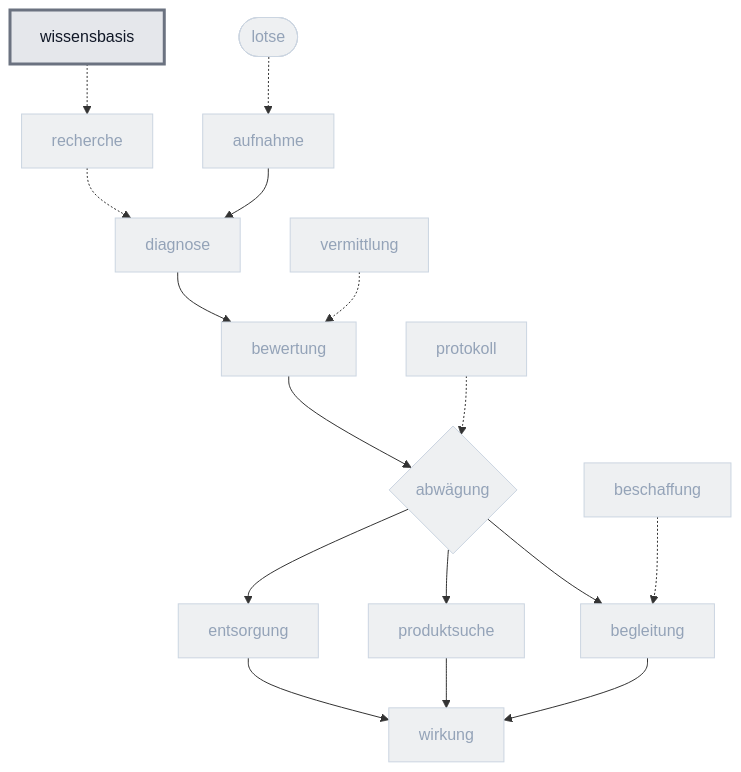
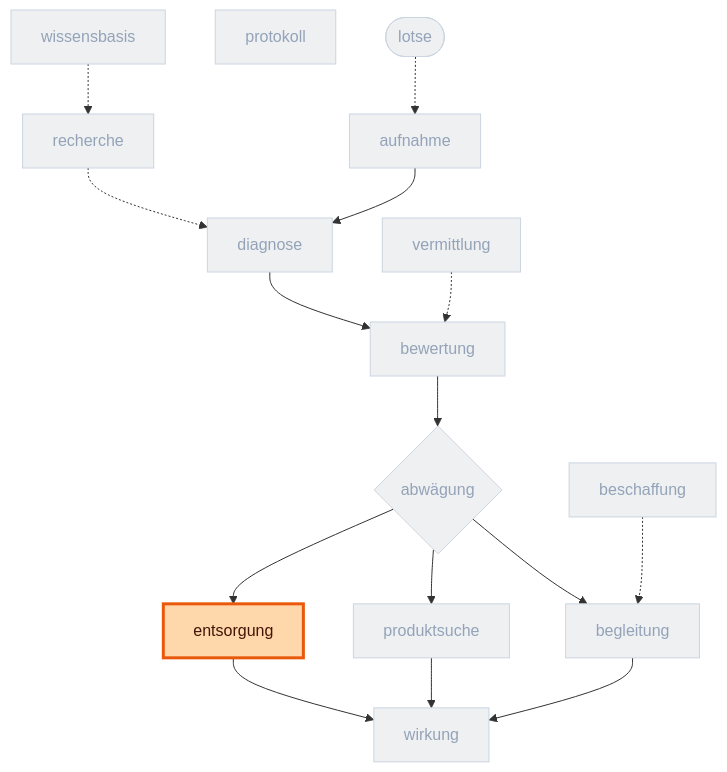
One commit to DigitaleOberlausitz/hackathon2026_RepairApp changed diagram 15 of 15 in docs/folien/runtime-roles.adoc. Above: the diagram before and after it, drawn with Mermaid. The commit also changed other lines of this file and 2 other files, not shown here.

First line of the commit message:
docs(folien): Rollen-Folien narrativ (just-in-time) ordnen + schärfere Diagramme

```diff
--- a/docs/folien/runtime-roles.adoc
+++ b/docs/folien/runtime-roles.adoc
@@ -802,31 +818,30 @@
 [mermaid]
 ....
 flowchart TB
   classDef dim fill:#eef0f2,stroke:#cbd5e1,color:#94a3b8
-  classDef active fill:#e5e7eb,stroke:#6b7280,stroke-width:3px,color:#111827
+  classDef active fill:#fed7aa,stroke:#ea580c,stroke-width:3px,color:#431407
   lotse([lotse]):::dim
   aufnahme[aufnahme]:::dim
   diagnose[diagnose]:::dim
   bewertung[bewertung]:::dim
   abwaegung{abwägung}:::dim
   begleitung[begleitung]:::dim
   produktsuche[produktsuche]:::dim
   entsorgung[entsorgung]:::dim
   wirkung[wirkung]:::dim
   recherche[recherche]:::dim
   vermittlung[vermittlung]:::dim
   beschaffung[beschaffung]:::dim
   protokoll[protokoll]:::dim
   wissensbasis[wissensbasis]:::dim
   lotse -.-> aufnahme
   aufnahme --> diagnose --> bewertung --> abwaegung
   abwaegung --> begleitung --> wirkung
   abwaegung --> produktsuche --> wirkung
   abwaegung --> entsorgung --> wirkung
   recherche -.-> diagnose
   vermittlung -.-> bewertung
   beschaffung -.-> begleitung
-  protokoll -.-> abwaegung
   wissensbasis -.-> recherche
-  class wissensbasis active
+  class entsorgung active
 ....
```
